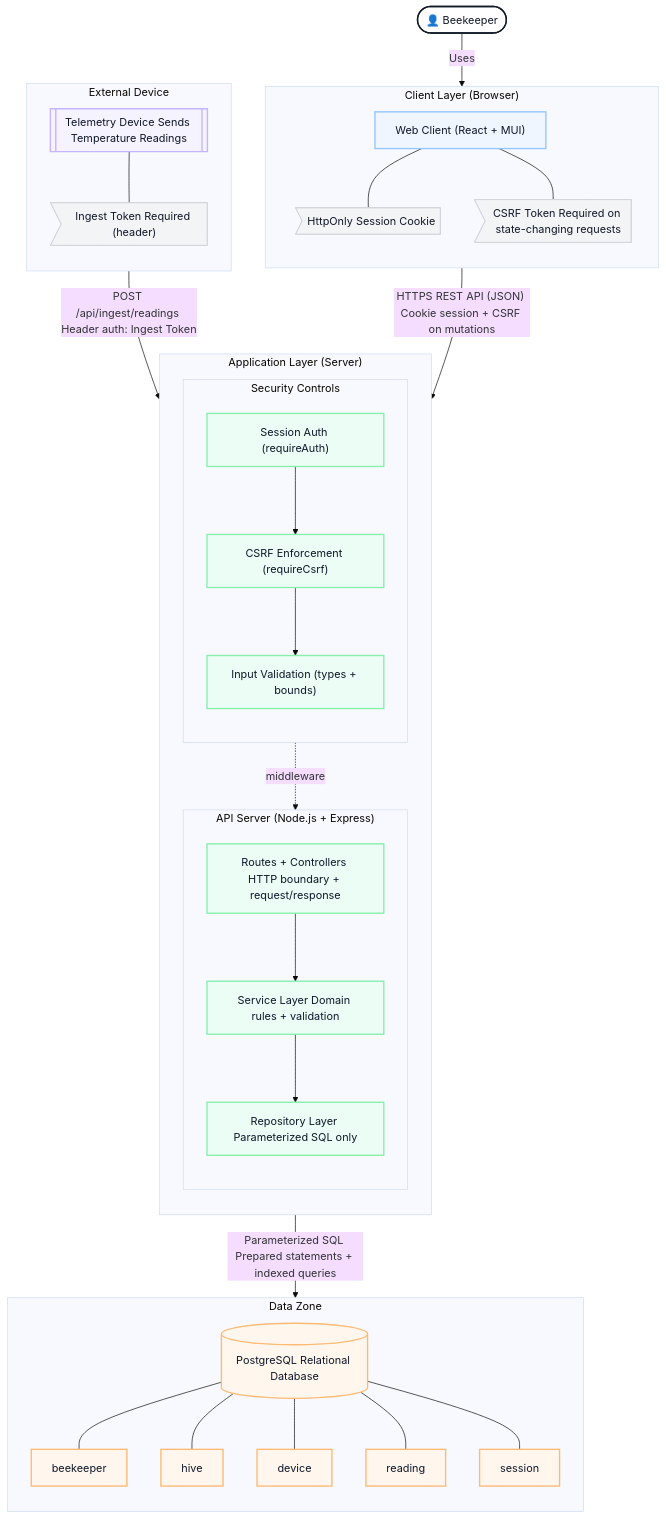
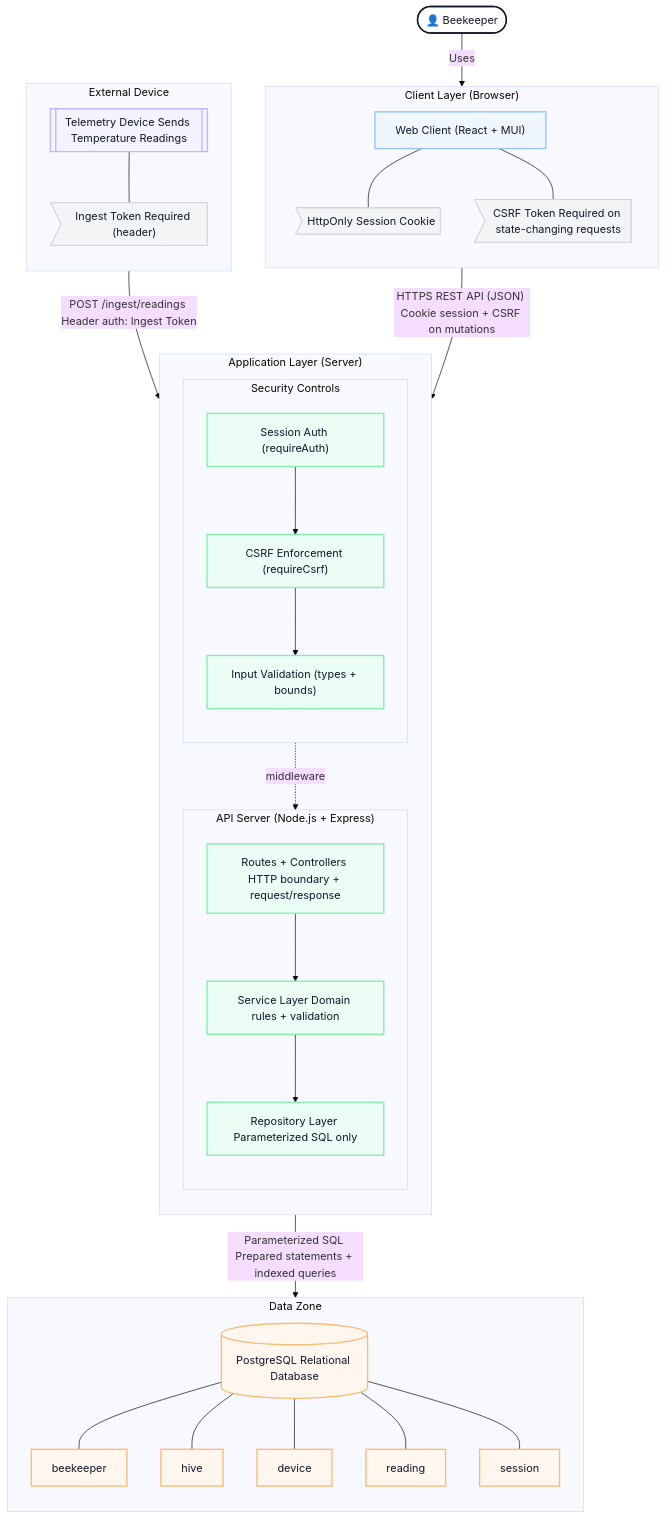
Before and after one commit to austinjclifton/BeeKeepr: the diagram in backend/docs/c4_container_diagram.mmd, drawn with Mermaid. The commit also changed 104 other files, not shown here.

```diff
--- a/backend/docs/c4_container_diagram.mmd
+++ b/backend/docs/c4_container_diagram.mmd
@@ -1,85 +1,85 @@
 ---
 config:
   theme: base
   look: classic
   layout: dagre
 ---
 flowchart TB
 
   %% Optional actor (C4 usually shows who uses the system)
   USER(["👤  Beekeeper"]):::person
 
   subgraph CZ["Client Layer (Browser)"]
     direction TB
     WEB["Web Client (React + MUI)"]:::client
     SESSION>"HttpOnly Session Cookie"]:::note
     CSRF>"CSRF Token Required on state-changing requests"]:::note
   end
 
   subgraph API["API Server (Node.js + Express)"]
     direction TB
     ROUTES["Routes + Controllers HTTP boundary + request/response"]:::app
     DOMAIN["Service Layer Domain rules + validation"]:::app
     REPO["Repository Layer Parameterized SQL only"]:::app
   end
 
   subgraph SEC["Security Controls"]
     direction TB
     AUTH["Session Auth (requireAuth)"]:::app
     CSRFM["CSRF Enforcement (requireCsrf)"]:::app
     VALID["Input Validation (types + bounds)"]:::app
   end
 
   subgraph AZ["Application Layer (Server)"]
     direction TB
     API
     SEC
   end
 
   subgraph DZ["Data Zone"]
     direction TB
     PG[("PostgreSQL Relational Database")]:::data
     T1["beekeeper"]:::data
     T2["hive"]:::data
     T3["device"]:::data
     T4["reading"]:::data
     T5["session"]:::data
   end
 
   subgraph EXT["External Device"]
     direction TB
     DEV[["Telemetry Device Sends Temperature Readings"]]:::ext
     TOKEN>"Ingest Token Required (header)"]:::note
   end
 
   USER -->|"Uses"| WEB
 
   WEB --- SESSION
   WEB --- CSRF
 
   ROUTES --> DOMAIN
   DOMAIN --> REPO
 
   AUTH --> CSRFM
   CSRFM --> VALID
 
   SEC -. "middleware" .-> API
 
   PG --- T1
   PG --- T2
   PG --- T3
   PG --- T4
   PG --- T5
 
   DEV --- TOKEN
 
   WEB -->|"HTTPS REST API (JSON) Cookie session + CSRF on mutations"| API
   API -->|"Parameterized SQL Prepared statements + indexed queries"| PG
-  DEV -->|"POST /api/ingest/readings Header auth: Ingest Token"| API
+  DEV -->|"POST /ingest/readings Header auth: Ingest Token"| API
 
   classDef person fill:#ffffff,stroke:#111827,stroke-width:2px,color:#111827;
   classDef client fill:#eff6ff,stroke:#93c5fd,stroke-width:2px,color:#0f172a;
   classDef app fill:#ecfdf5,stroke:#86efac,stroke-width:2px,color:#0f172a;
   classDef data fill:#fff7ed,stroke:#fdba74,stroke-width:2px,color:#0f172a;
   classDef ext fill:#f5f3ff,stroke:#c4b5fd,stroke-width:2px,color:#0f172a;
   classDef note fill:#f3f4f6,stroke:#d1d5db,stroke-width:1px,color:#111827;
```
